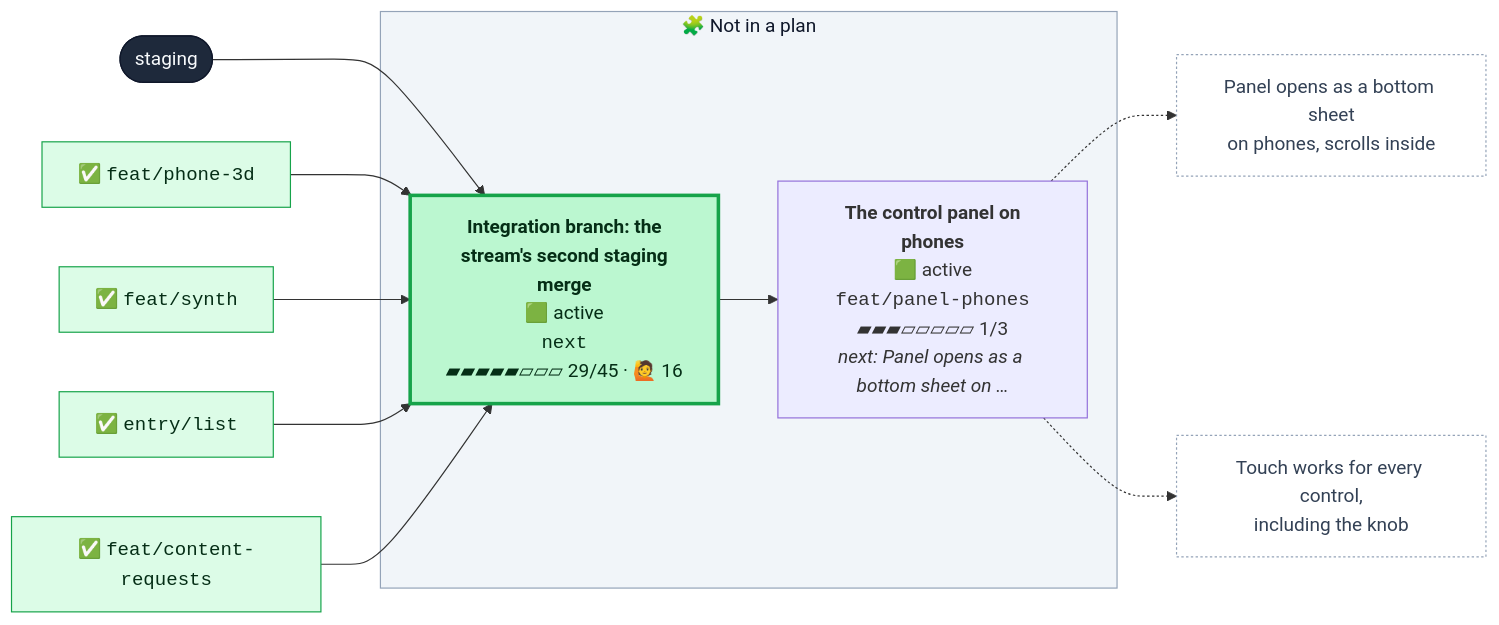
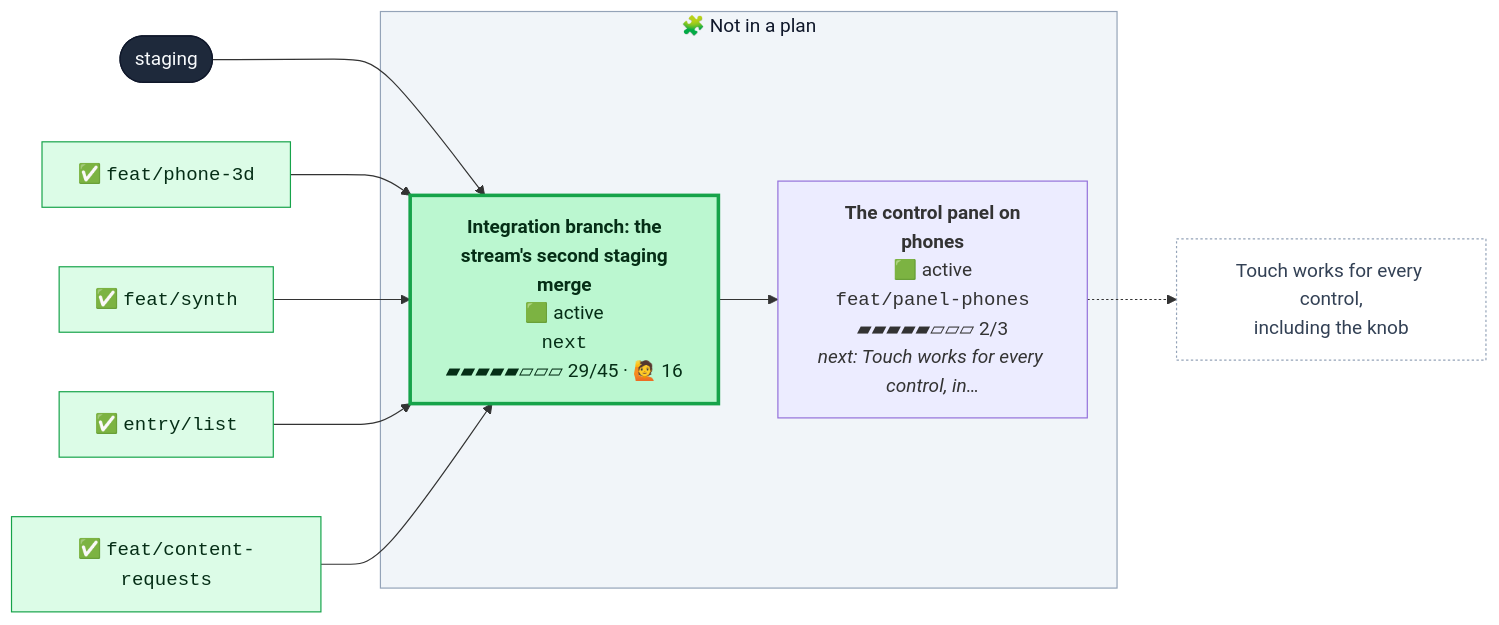
The first of 2 diagrams in CONTRIBUTING.md (henryjonescodes/portfolio), drawn with Mermaid before and after one commit. The commit also changed other lines of this file, not shown here.

````diff
--- a/CONTRIBUTING.md
+++ b/CONTRIBUTING.md
@@ -16,41 +16,38 @@
 ```mermaid
 flowchart LR
   n_staging([staging])
   class n_staging trunk
   subgraph loose["🧩 Not in a plan"]
-    n_feat_panel_phones["<b>The control panel on<br/>phones</b><br/>🟩 active<br/><code>feat/panel-phones</code><br/>▰▰▰▱▱▱▱▱ 1/3<br/><i>next: Panel opens as a bottom sheet on …</i>"]
+    n_feat_panel_phones["<b>The control panel on<br/>phones</b><br/>🟩 active<br/><code>feat/panel-phones</code><br/>▰▰▰▰▰▱▱▱ 2/3<br/><i>next: Touch works for every control, in…</i>"]
     class n_feat_panel_phones active,current
     n_next["<b>Integration branch: the<br/>stream's second staging<br/>merge</b><br/>🟩 active<br/><code>next</code><br/>▰▰▰▰▰▱▱▱ 29/45 · 🙋 16"]
     class n_next active
   end
   style loose fill:#f1f5f9,stroke:#94a3b8,color:#0f172a
   n_next --> n_feat_panel_phones
   n_staging --> n_next
-  n_feat_panel_phones_t0["Panel opens as a bottom sheet<br/>on phones, scrolls inside"]
+  n_feat_panel_phones_t0["Touch works for every control,<br/>including the knob"]
   class n_feat_panel_phones_t0 todo
   n_feat_panel_phones -.-> n_feat_panel_phones_t0
-  n_feat_panel_phones_t1["Touch works for every control,<br/>including the knob"]
-  class n_feat_panel_phones_t1 todo
-  n_feat_panel_phones -.-> n_feat_panel_phones_t1
   n_next_m0["✅ <code>feat/phone-3d</code>"]
   class n_next_m0 merged
   n_next_m0 --> n_next
   n_next_m1["✅ <code>feat/synth</code>"]
   class n_next_m1 merged
   n_next_m1 --> n_next
   n_next_m2["✅ <code>entry/list</code>"]
   class n_next_m2 merged
   n_next_m2 --> n_next
   n_next_m3["✅ <code>feat/content-requests</code>"]
   class n_next_m3 merged
   n_next_m3 --> n_next
   classDef merged fill:#dcfce7,stroke:#16a34a,color:#052e16
   classDef todo fill:#ffffff,stroke:#94a3b8,stroke-dasharray:2 2,color:#334155
   classDef planned fill:#c7d2fe,stroke:#4f46e5,color:#1e1b4b
   classDef sketched fill:#f8fafc,stroke:#64748b,stroke-dasharray:4 3,color:#334155
   classDef active fill:#bbf7d0,stroke:#16a34a,stroke-width:3px,color:#052e16
   classDef review fill:#fde68a,stroke:#d97706,stroke-width:3px,color:#451a03
   classDef blocked fill:#fecaca,stroke:#dc2626,stroke-width:3px,color:#450a0a
   classDef trunk fill:#1e293b,stroke:#0f172a,color:#f8fafc
   classDef current stroke:#0ea5e9,stroke-width:5px
 ```
````
